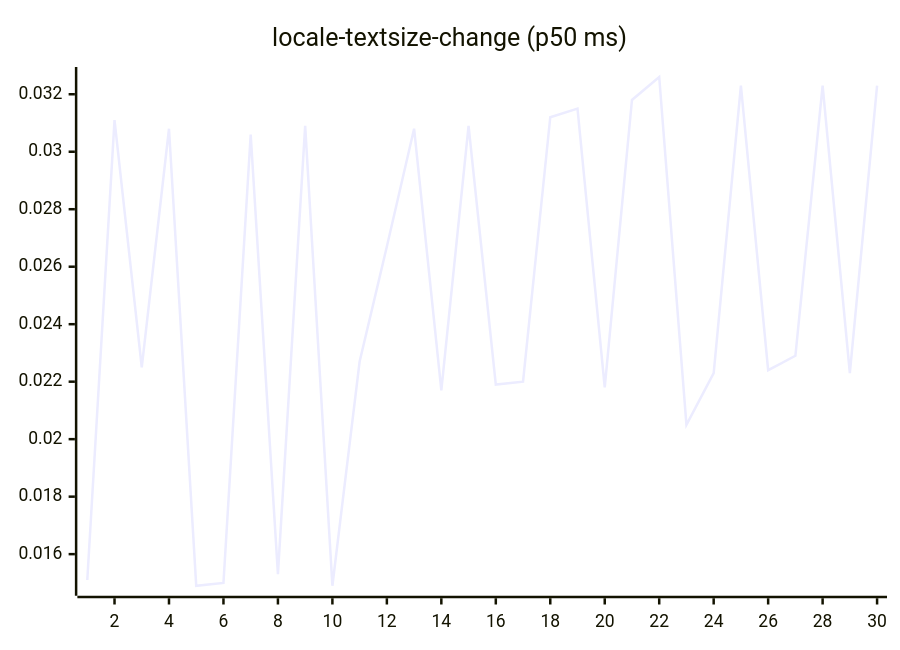
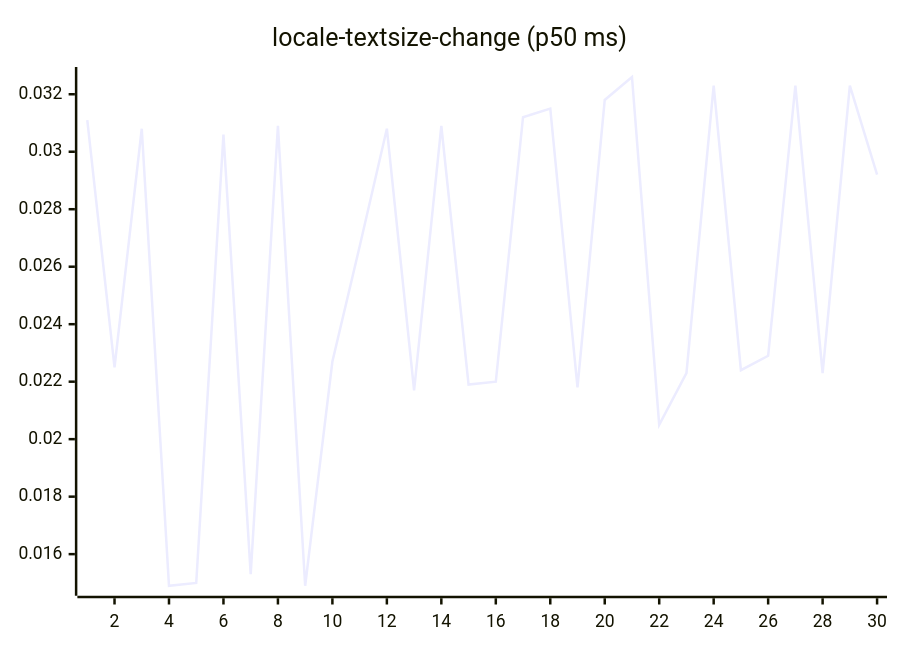
One commit to josha/Facet changed diagram 13 of 27 in README.md. Above: the diagram before and after it, drawn with Mermaid. The commit also changed other lines of this file and 2 other files, not shown here.

````diff
--- a/README.md
+++ b/README.md
@@ -147,6 +147,6 @@
 ```mermaid
 xychart-beta
     title "locale-textsize-change (p50 ms)"
     x-axis 1 --> 30
-    line [0.0151, 0.0311, 0.0225, 0.0308, 0.0149, 0.0150, 0.0306, 0.0153, 0.0309, 0.0149, 0.0227, 0.0267, 0.0308, 0.0217, 0.0309, 0.0219, 0.0220, 0.0312, 0.0315, 0.0218, 0.0318, 0.0326, 0.0205, 0.0223, 0.0323, 0.0224, 0.0229, 0.0323, 0.0223, 0.0323]
+    line [0.0311, 0.0225, 0.0308, 0.0149, 0.0150, 0.0306, 0.0153, 0.0309, 0.0149, 0.0227, 0.0267, 0.0308, 0.0217, 0.0309, 0.0219, 0.0220, 0.0312, 0.0315, 0.0218, 0.0318, 0.0326, 0.0205, 0.0223, 0.0323, 0.0224, 0.0229, 0.0323, 0.0223, 0.0323, 0.0292]
 ```
````
